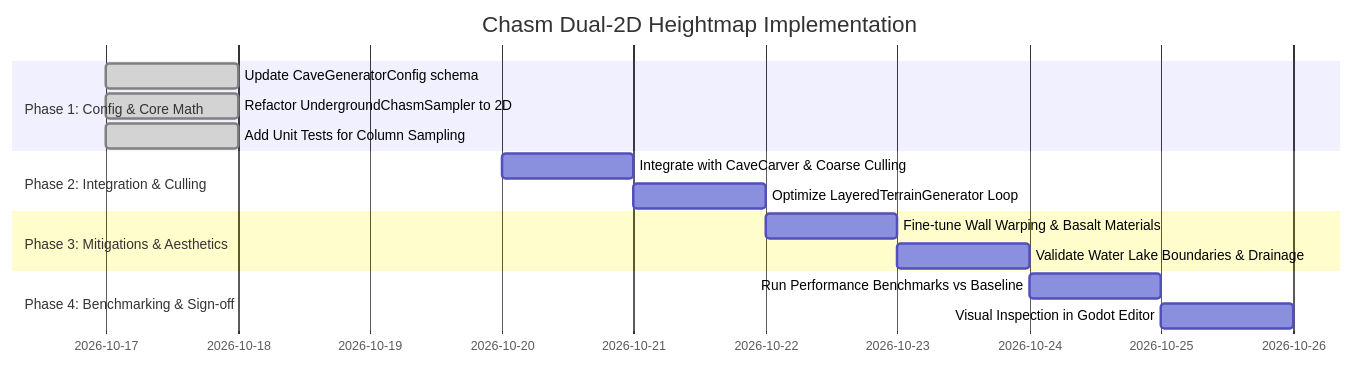
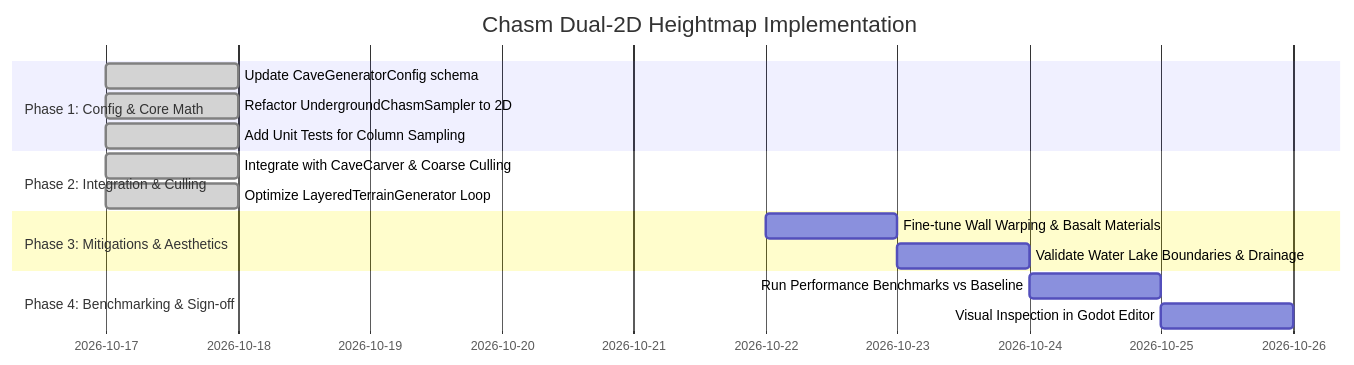
Before and after one commit to chryote/voxel-terrain: the second of 2 diagrams in implementation_sandwich_chasm.md, drawn with Mermaid. The commit also changed other lines of this file and 4 other files, not shown here.

````diff
--- a/implementation_sandwich_chasm.md
+++ b/implementation_sandwich_chasm.md
@@ -220,18 +220,18 @@
 ```mermaid
 gantt
     title Chasm Dual-2D Heightmap Implementation
     dateFormat  YYYY-MM-DD
     section Phase 1: Config & Core Math
     Update CaveGeneratorConfig schema          :done, p1a, 2026-10-17, 1d
     Refactor UndergroundChasmSampler to 2D    :done, p1b, 2026-10-17, 1d
     Add Unit Tests for Column Sampling        :done, p1c, 2026-10-17, 1d
     section Phase 2: Integration & Culling
-    Integrate with CaveCarver & Coarse Culling:p2a, 2026-10-20, 1d
-    Optimize LayeredTerrainGenerator Loop      :p2b, after p2a, 1d
+    Integrate with CaveCarver & Coarse Culling:done, p2a, 2026-10-17, 1d
+    Optimize LayeredTerrainGenerator Loop      :done, p2b, 2026-10-17, 1d
     section Phase 3: Mitigations & Aesthetics
     Fine-tune Wall Warping & Basalt Materials  :p3a, 2026-10-22, 1d
     Validate Water Lake Boundaries & Drainage :p3b, after p3a, 1d
     section Phase 4: Benchmarking & Sign-off
     Run Performance Benchmarks vs Baseline    :p4a, 2026-10-24, 1d
     Visual Inspection in Godot Editor         :p4b, after p4a, 1d
 ```
````
